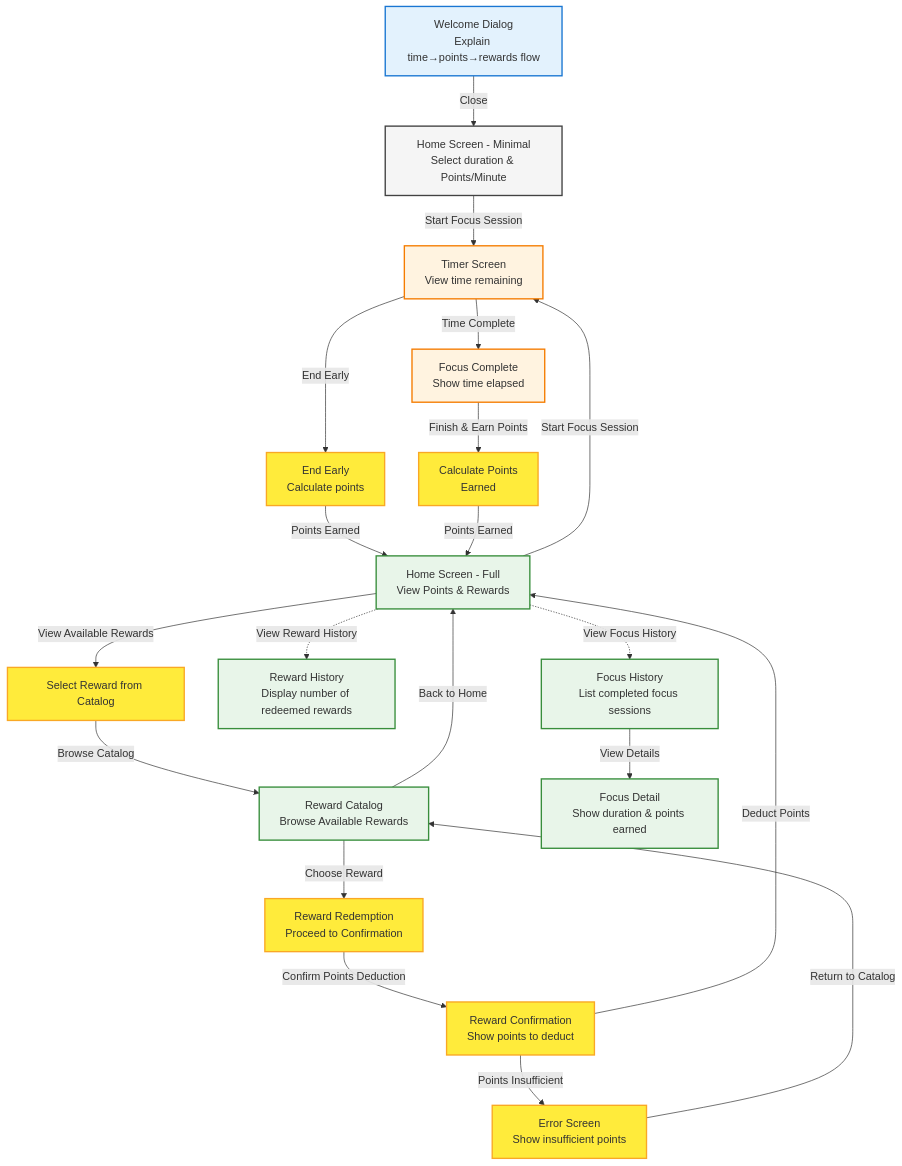
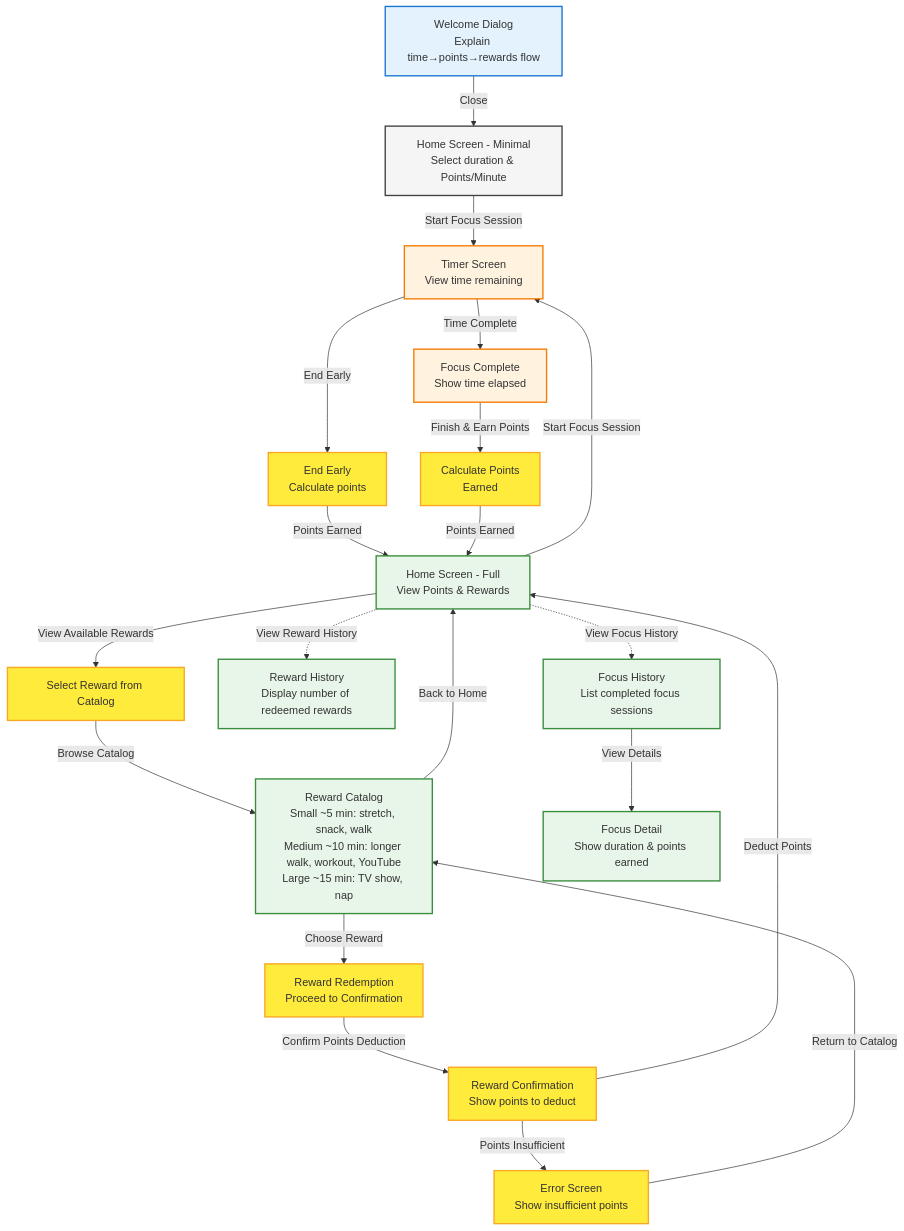
Before and after one commit to michellekli/PomoExchange: the first of 2 diagrams in design.md, drawn with Mermaid. The commit also changed other lines of this file, not shown here.

Commit message:
Add reward source for reward catalog

````diff
--- a/design.md
+++ b/design.md
@@ -64,74 +69,74 @@
 ```mermaid
 flowchart TD
    %% Define styles
    classDef welcome fill:#e3f2fd,stroke:#1976d2,stroke-width:2px
    classDef homeMinimal fill:#f5f5f5,stroke:#424242,stroke-width:2px
    classDef timer fill:#fff3e0,stroke:#f57c00,stroke-width:2px
    classDef homeFull fill:#e8f5e9,stroke:#388e3c,stroke-width:2px
    classDef action fill:#ffeb3b,stroke:#f9a825,stroke-width:2px
 
    %% Welcome Dialog
    Welcome[Welcome Dialog<br/>Explain time→points→rewards flow]:::welcome
    Welcome -->|Close| HomeMinimal
 
    %% Home Screen - Minimal
    HomeMinimal[Home Screen - Minimal<br/>Select duration & Points/Minute]:::homeMinimal
    HomeMinimal -->|Start Focus Session| Timer
 
    %% Timer Screen
    Timer[Timer Screen<br/>View time remaining]:::timer
    Timer -->|End Early| EndEarly
    Timer -->|Time Complete| Complete
 
    %% End Early Path
    EndEarly[End Early<br/>Calculate points]:::action
    EndEarly -->|Points Earned| HomeFull
 
    %% Complete Path
    Complete[Focus Complete<br/>Show time elapsed]:::timer
    Complete -->|Finish & Earn Points| EarnPoints
 
    %% Earn Points Path
    EarnPoints[Calculate Points<br/>Earned]:::action
    EarnPoints -->|Points Earned| HomeFull
 
    %% Home Screen - Full
    HomeFull[Home Screen - Full<br/>View Points & Rewards]:::homeFull
    HomeFull -->|Start Focus Session| Timer
    HomeFull -->|View Available Rewards| RewardSelection
 
    %% Reward Selection Path
    RewardSelection[Select Reward from Catalog]:::action
    RewardSelection -->|Browse Catalog| RewardCatalog
 
    %% Reward Catalog
-   RewardCatalog[Reward Catalog<br/>Browse Available Rewards]:::homeFull
+   RewardCatalog[Reward Catalog<br/>Small ~5 min: stretch, snack, walk<br/>Medium ~10 min: longer walk, workout, YouTube<br/>Large ~15 min: TV show, nap]:::homeFull
    RewardCatalog -->|Choose Reward| RewardRedemption
    RewardCatalog -->|Back to Home| HomeFull
 
    %% Reward Redemption Path
    RewardRedemption[Reward Redemption<br/>Proceed to Confirmation]:::action
    RewardRedemption -->|Confirm Points Deduction| RewardConfirmation
 
    %% Reward Confirmation Path
    RewardConfirmation[Reward Confirmation<br/>Show points to deduct]:::action
    RewardConfirmation -->|Points Insufficient| ErrorScreen
    RewardConfirmation -->|Deduct Points| HomeFull
 
    %% Error Screen Path
    ErrorScreen[Error Screen<br/>Show insufficient points]:::action
    ErrorScreen -->|Return to Catalog| RewardCatalog
 
    %% Reward History
    HomeFull -.->|View Reward History| RewardHistory
    HomeFull -.->|View Focus History| FocusHistory
 
    %% Reward History
    RewardHistory[Reward History<br/>Display number of redeemed rewards]:::homeFull
 
    %% Focus History
    FocusHistory[Focus History<br/>List completed focus sessions]:::homeFull
    FocusHistory -->|View Details| FocusDetail
    FocusDetail[Focus Detail<br/>Show duration & points earned]:::homeFull
 
 ```
````
